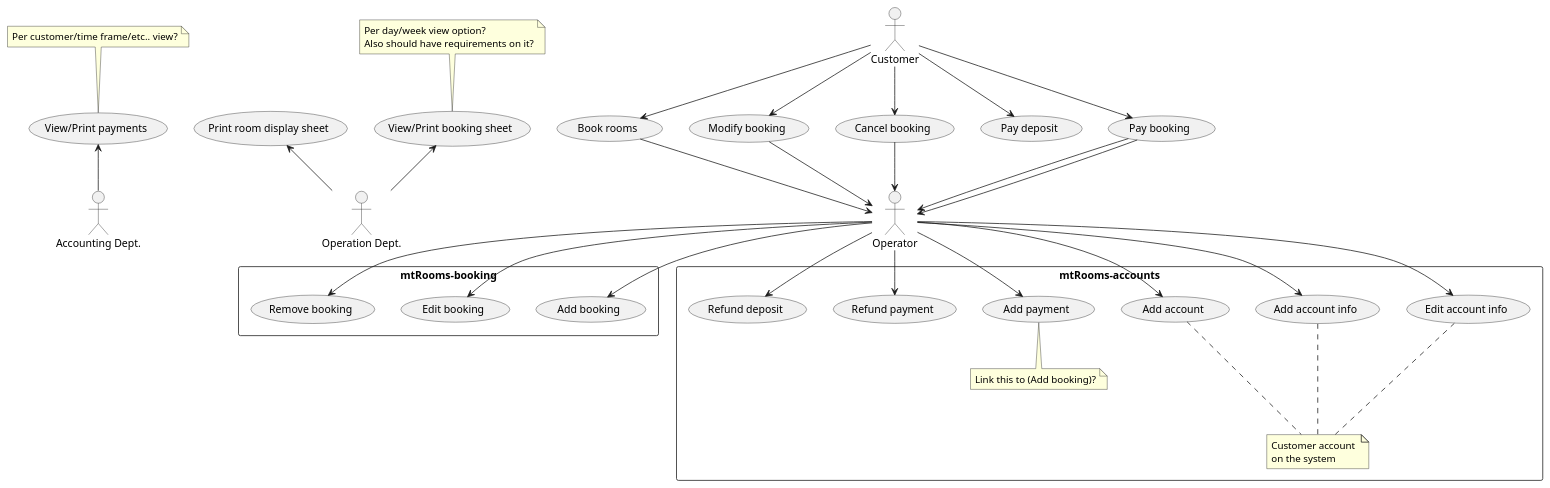
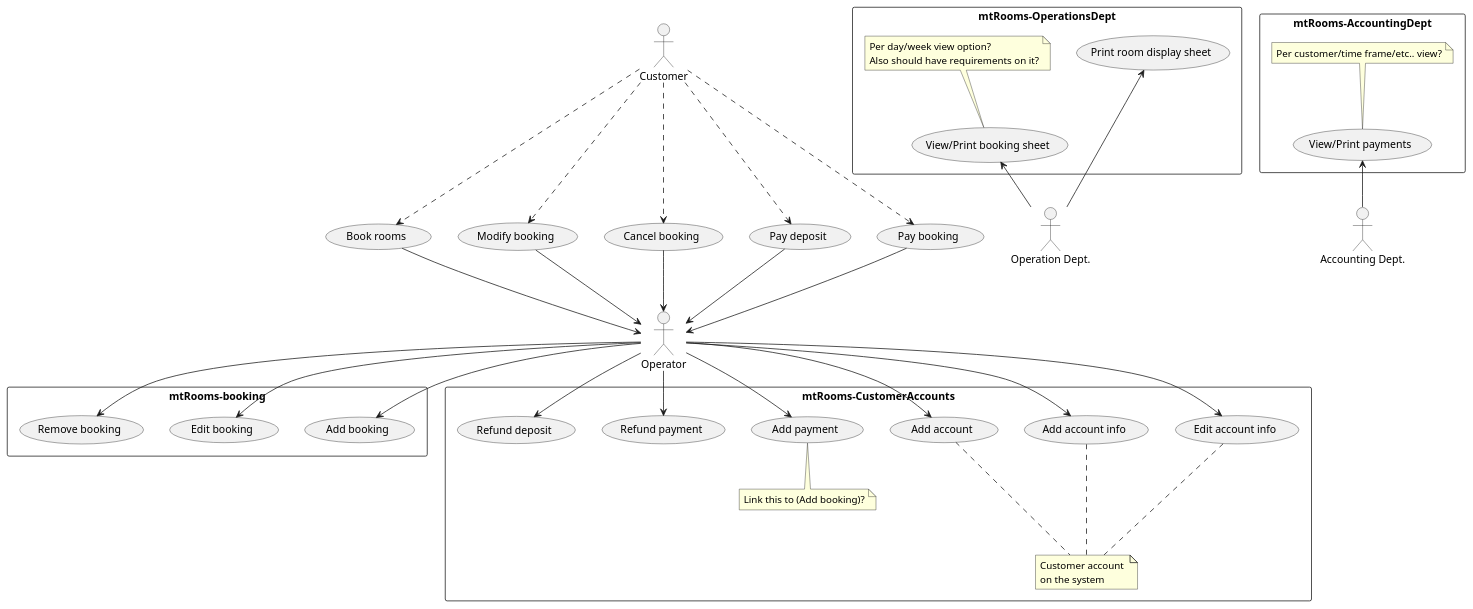
The diagram in docs/uml/use_case.puml (BBKbeam/mtRooms), drawn with PlantUML before and after one commit.

Commit message:
[use case] Sorted out repeat link, added boxes

```diff
--- a/docs/uml/use_case.puml
+++ b/docs/uml/use_case.puml
@@ -1,45 +1,49 @@
 @startuml
 
-Customer -down-> (Book rooms)
-Customer -down-> (Modify booking)
-Customer -down-> (Cancel booking)
-Customer -down-> (Pay deposit)
-Customer -down-> (Pay booking)
+Customer -down..> (Book rooms)
+Customer -down..> (Modify booking)
+Customer -down..> (Cancel booking)
+Customer -down..> (Pay deposit)
+Customer -down..> (Pay booking)
 
 (Book rooms) -down-> Operator
 (Modify booking) -down-> Operator
 (Cancel booking) -down-> Operator
-(Pay booking) -down-> Operator
+(Pay deposit) -down-> Operator
 (Pay booking) -down-> Operator
 
 rectangle mtRooms-booking {
     Operator -down-> (Add booking)
     Operator -down-> (Edit booking)
     Operator -down-> (Remove booking)
 }
 
-rectangle mtRooms-accounts {
+rectangle mtRooms-CustomerAccounts {
     Operator -down-> (Add account)
     note "Customer account \non the system" as note1
     note1 -up.. (Add account)
     note1 -up.. (Add account info)
     note1 -up.. (Edit account info)
     Operator -down-> (Add account info)
     Operator -down-> (Edit account info)
     Operator -down-> (Add payment)
     note bottom of (Add payment) : Link this to (Add booking)?
     Operator -down-> (Refund payment)
     Operator -down-> (Refund deposit)
 }
 
 :Operation Dept.: as Ops
 :Accounting Dept.: as Accounting
 
-Ops -up-> (View/Print booking sheet)
-Ops -up-> (Print room display sheet)
-note top of (View/Print booking sheet) : Per day/week view option?\nAlso should have requirements on it?
+rectangle mtRooms-OperationsDept {
+    Ops -up-> (View/Print booking sheet)
+    Ops -up-> (Print room display sheet)
+    note top of (View/Print booking sheet) : Per day/week view option?\nAlso should have requirements on it?
+}
 
-Accounting -up-> (View/Print payments)
-note top of (View/Print payments) : Per customer/time frame/etc.. view?
+rectangle mtRooms-AccountingDept {
+    Accounting -up-> (View/Print payments)
+    note top of (View/Print payments) : Per customer/time frame/etc.. view?
+}
 
 @enduml
```
